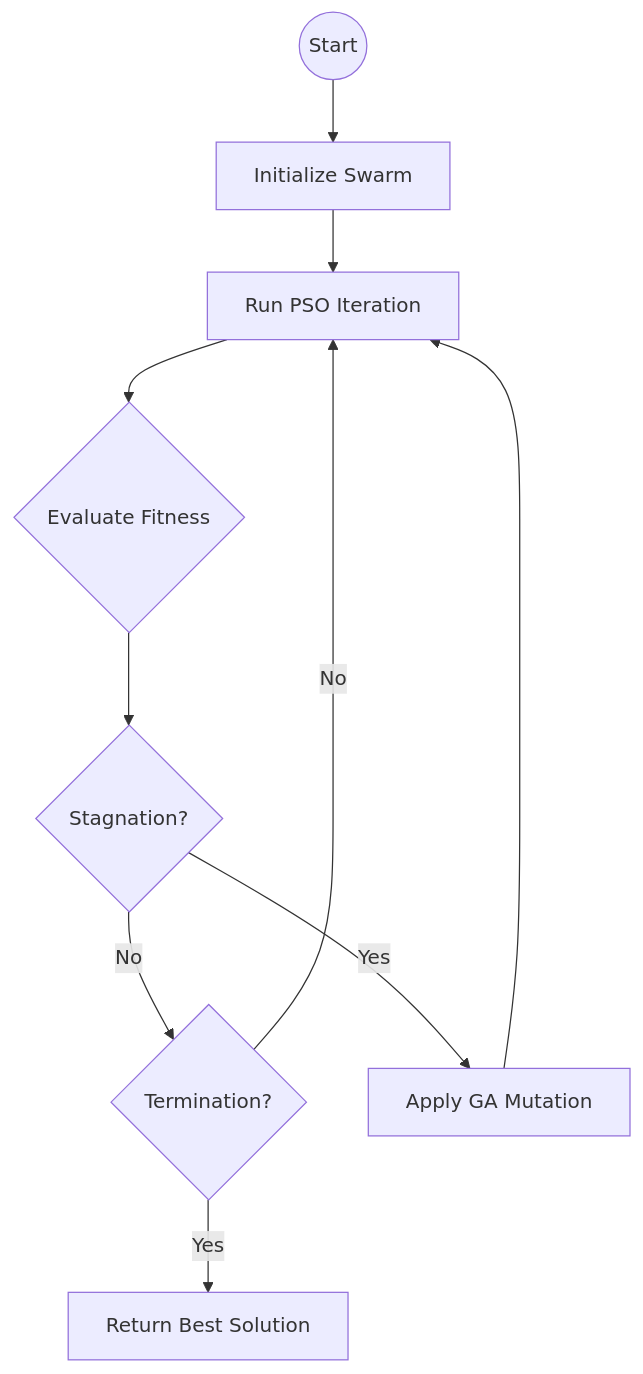
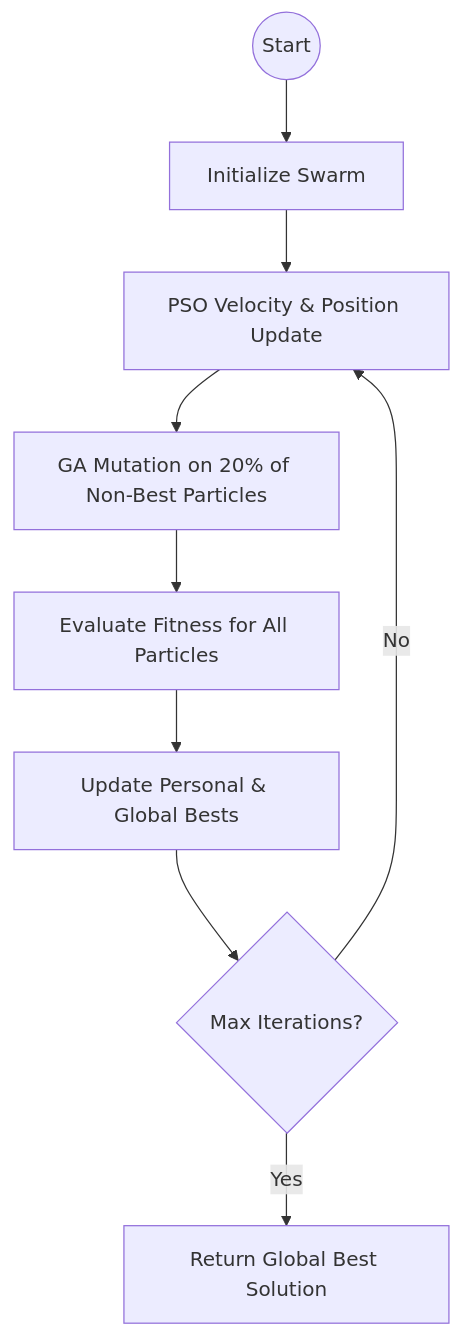
One commit to VanVan120/Intrusion-Detection-System changed the second of 2 diagrams in README.md. Above: the diagram before and after it, drawn with Mermaid. The commit also changed other lines of this file and 22 other files, not shown here.

````diff
--- a/README.md
+++ b/README.md
@@ -112,12 +136,11 @@
 ```mermaid
 graph TD
     Start((Start)) --> Init[Initialize Swarm]
-    Init --> PSO_Op[Run PSO Iteration]
-    PSO_Op --> Eval{Evaluate Fitness}
-    Eval --> Check_Stag{Stagnation?}
-    Check_Stag -- No --> Check_Term{Termination?}
-    Check_Stag -- Yes --> GA_Mut[Apply GA Mutation]
-    GA_Mut --> PSO_Op
+    Init --> PSO_Op[PSO Velocity & Position Update]
+    PSO_Op --> GA_Mut[GA Mutation on 20% of Non-Best Particles]
+    GA_Mut --> Eval[Evaluate Fitness for All Particles]
+    Eval --> Update[Update Personal & Global Bests]
+    Update --> Check_Term{Max Iterations?}
     Check_Term -- No --> PSO_Op
-    Check_Term -- Yes --> Output[Return Best Solution]
+    Check_Term -- Yes --> Output[Return Global Best Solution]
 ```
````
